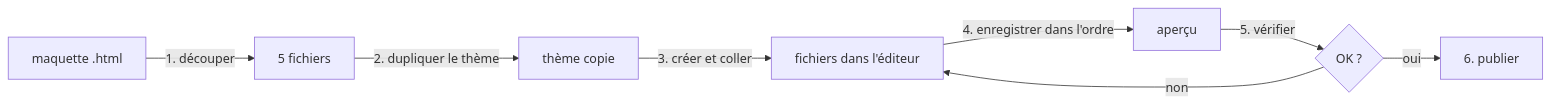
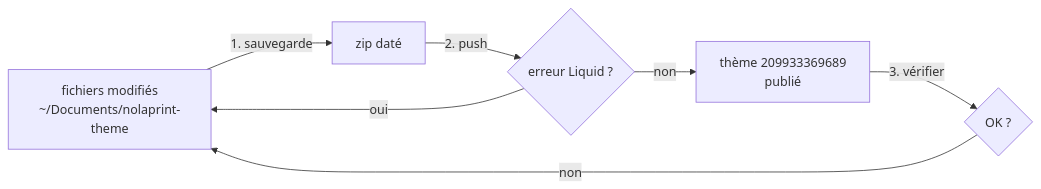
Before and after one commit to SylvainCode42A/Drop-Shipping-Agentique: the diagram in 5-boutique/5-integration-shopify/FLOW - Déployer la maquette dans Shopify.md, drawn with Mermaid. The commit also changed other lines of this file and 54 other files, not shown here.

````diff
--- a/5-boutique/5-integration-shopify/FLOW - Déployer la maquette dans Shopify.md
+++ b/5-boutique/5-integration-shopify/FLOW - Déployer la maquette dans Shopify.md
@@ -19,10 +22,9 @@
 ```mermaid
 flowchart LR
-    A[maquette .html] -->|1. découper| B[5 fichiers]
-    B -->|2. dupliquer le thème| C[thème copie]
-    C -->|3. créer et coller| D[fichiers dans l'éditeur]
-    D -->|4. enregistrer dans l'ordre| E[aperçu]
-    E -->|5. vérifier| F{OK ?}
-    F -->|oui| G[6. publier]
-    F -->|non| D
+    A[fichiers modifiés<br/>~/Documents/nolaprint-theme] -->|1. sauvegarde| B[zip daté]
+    B -->|2. push| C{erreur Liquid ?}
+    C -->|oui| A
+    C -->|non| D[thème 209933369689<br/>publié]
+    D -->|3. vérifier| E{OK ?}
+    E -->|non| A
 ```
````
